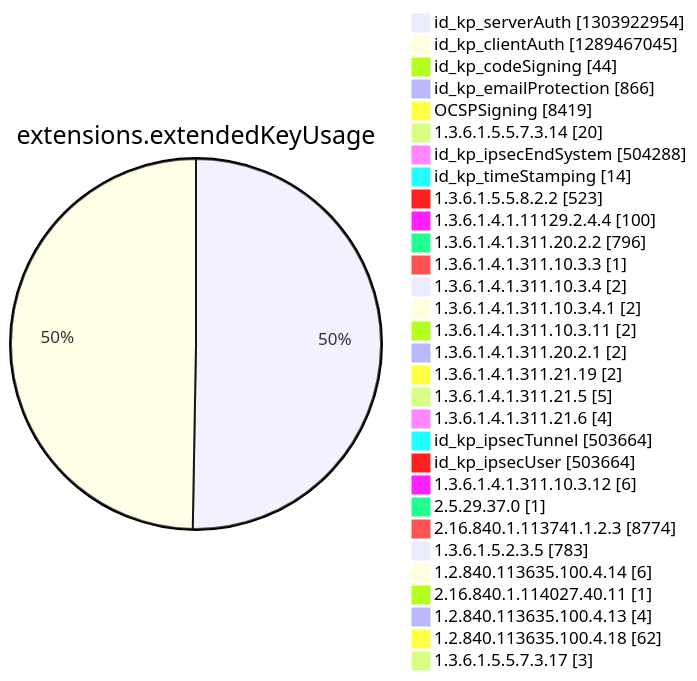
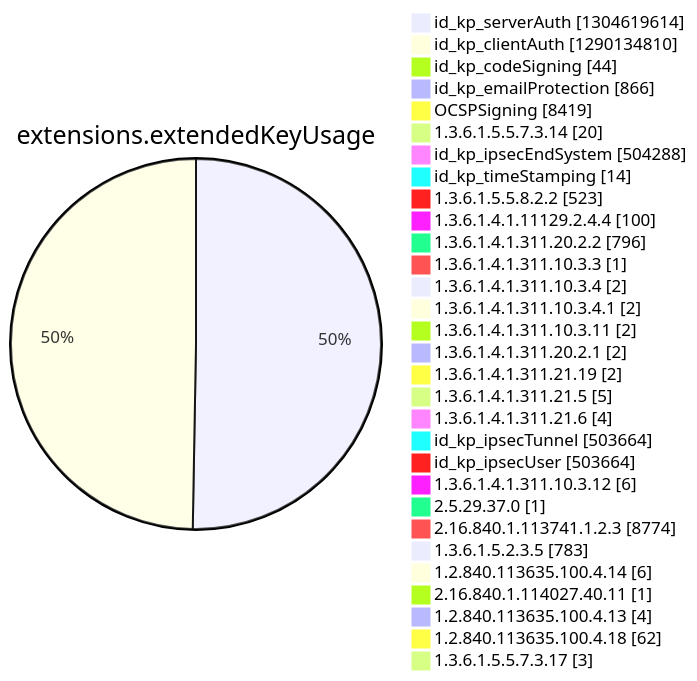
One commit to christiankrug/ctmonitor_visualization changed diagram 12 of 15 in argon2022/README.md. Above: the diagram before and after it, drawn with Mermaid. The commit also changed other lines of this file, not shown here.

````diff
--- a/argon2022/README.md
+++ b/argon2022/README.md
@@ -3551,34 +3551,34 @@
 ```mermaid
 pie showData
 title extensions.extendedKeyUsage
-"id_kp_serverAuth" :1303922954
-"id_kp_clientAuth" :1289467045
+"id_kp_serverAuth" :1304619614
+"id_kp_clientAuth" :1290134810
 "id_kp_codeSigning" :44
 "id_kp_emailProtection" :866
 "OCSPSigning" :8419
 "1.3.6.1.5.5.7.3.14" :20
 "id_kp_ipsecEndSystem" :504288
 "id_kp_timeStamping" :14
 "1.3.6.1.5.5.8.2.2" :523
 "1.3.6.1.4.1.11129.2.4.4" :100
 "1.3.6.1.4.1.311.20.2.2" :796
 "1.3.6.1.4.1.311.10.3.3" :1
 "1.3.6.1.4.1.311.10.3.4" :2
 "1.3.6.1.4.1.311.10.3.4.1" :2
 "1.3.6.1.4.1.311.10.3.11" :2
 "1.3.6.1.4.1.311.20.2.1" :2
 "1.3.6.1.4.1.311.21.19" :2
 "1.3.6.1.4.1.311.21.5" :5
 "1.3.6.1.4.1.311.21.6" :4
 "id_kp_ipsecTunnel" :503664
 "id_kp_ipsecUser" :503664
 "1.3.6.1.4.1.311.10.3.12" :6
 "2.5.29.37.0" :1
 "2.16.840.1.113741.1.2.3" :8774
 "1.3.6.1.5.2.3.5" :783
 "1.2.840.113635.100.4.14" :6
 "2.16.840.1.114027.40.11" :1
 "1.2.840.113635.100.4.13" :4
 "1.2.840.113635.100.4.18" :62
 "1.3.6.1.5.5.7.3.17" :3
 ```
````
